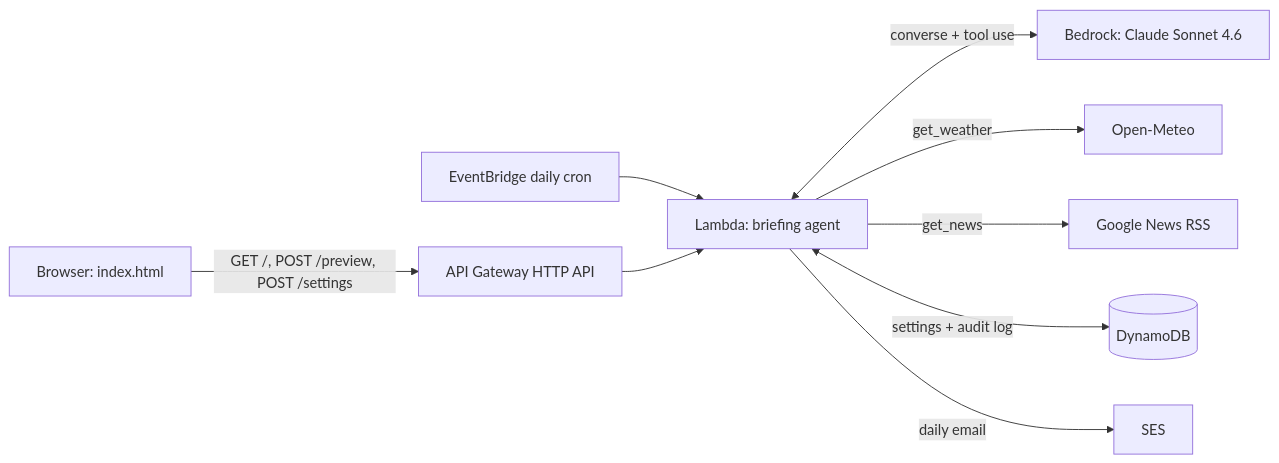
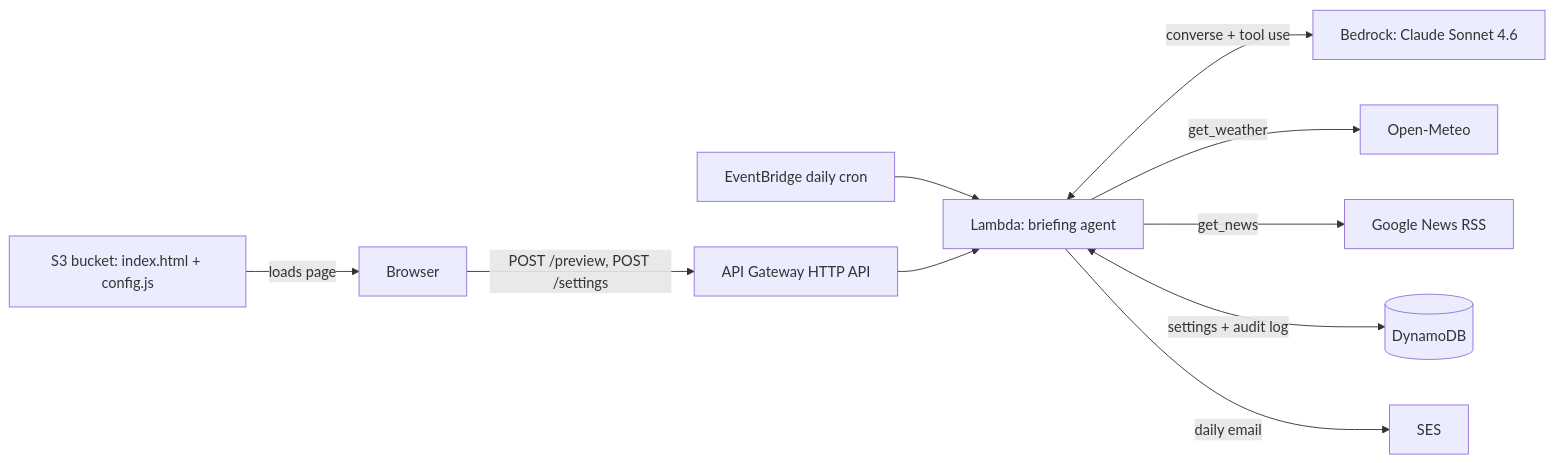
One commit to sivayerasi/news-weather-briefing changed the diagram in README.md. Above: the diagram before and after it, drawn with Mermaid. The commit also changed other lines of this file and 7 other files, not shown here.

Commit message:
Host index.html on S3 with CORS and config.js; update diagram and README

````diff
--- a/README.md
+++ b/README.md
@@ -13,11 +13,12 @@
 ```mermaid
 flowchart LR
-    U[Browser: index.html] -->|GET /, POST /preview, POST /settings| API[API Gateway HTTP API]
+    S3[S3 bucket: index.html + config.js] -->|loads page| U[Browser]
+    U -->|POST /preview, POST /settings| API[API Gateway HTTP API]
     EB[EventBridge daily cron] --> L
     API --> L[Lambda: briefing agent]
     L <-->|converse + tool use| BR[Bedrock: Claude Sonnet 4.6]
     L -->|get_weather| OM[Open-Meteo]
     L -->|get_news| NEWS[Google News RSS]
     L <-->|settings + audit log| DDB[(DynamoDB)]
     L -->|daily email| SES[SES]
 ```
````
